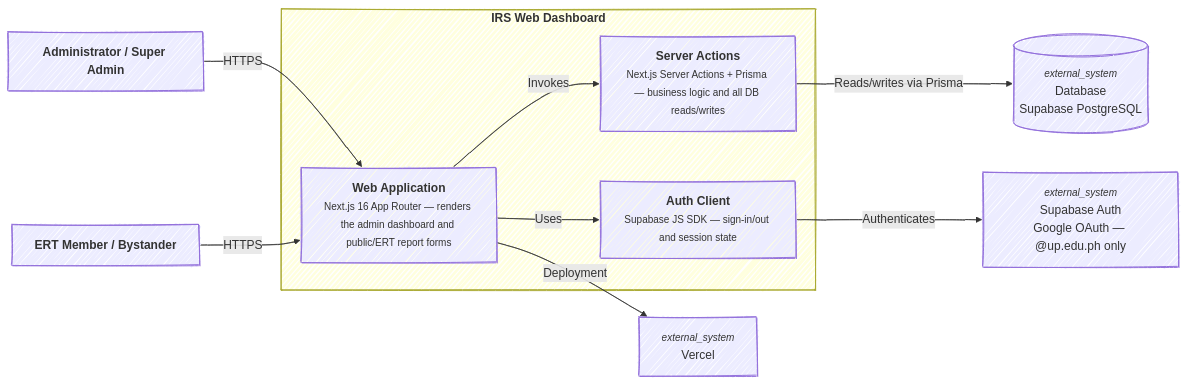
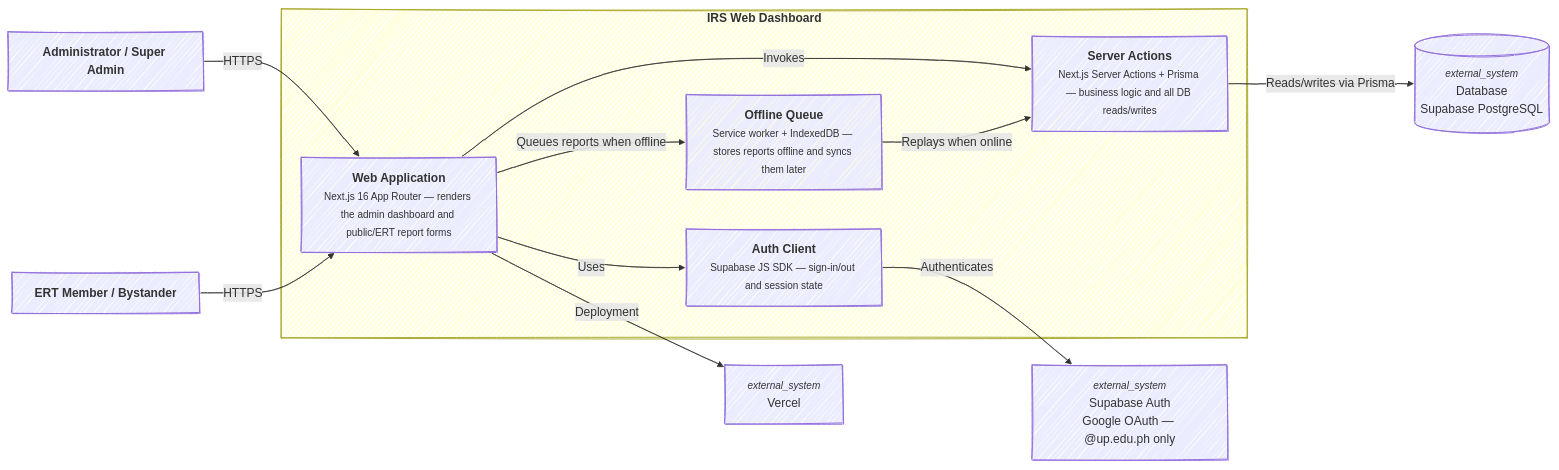
One commit to bruhhhyannnn/drrmh-irs changed the second of 21 diagrams in README.md. Above: the diagram before and after it, drawn with Mermaid. The commit also changed other lines of this file, not shown here.

````diff
--- a/README.md
+++ b/README.md
@@ -180,32 +201,35 @@
 ```mermaid
 ---
 config:
   layout: dagre
   look: handDrawn
   theme: default
 ---
 graph LR
   admin[<b>Administrator / Super Admin</b>]
   ertMember[<b>ERT Member / Bystander</b>]
 
   subgraph IRS[<b>IRS Web Dashboard</b>]
     webApp[<b>Web Application</b><br/><small>Next.js 16 App Router — renders the admin dashboard and public/ERT report forms</small>]
     serverActions[<b>Server Actions</b><br/><small>Next.js Server Actions + Prisma — business logic and all DB reads/writes</small>]
     authClient[<b>Auth Client</b><br/><small>Supabase JS SDK — sign-in/out and session state</small>]
+    offlineQueue[<b>Offline Queue</b><br/><small>Service worker + IndexedDB — stores reports offline and syncs them later</small>]
   end
 
   db[(<i><small>external_system</small></i><br/>Database<br/>Supabase PostgreSQL)]
   supaAuth[<i><small>external_system</small></i><br/>Supabase Auth<br/>Google OAuth — @up.edu.ph only]
   vercel[<i><small>external_system</small></i><br/>Vercel]
 
 
   admin -->|HTTPS| webApp
   ertMember -->|HTTPS| webApp
 
   webApp -->|Invokes| serverActions
   webApp -->|Uses| authClient
+  webApp -->|Queues reports when offline| offlineQueue
+  offlineQueue -->|Replays when online| serverActions
 
   serverActions -->|Reads/writes via Prisma| db
   authClient -->|Authenticates| supaAuth
   webApp -->|Deployment| vercel
 ```
````
